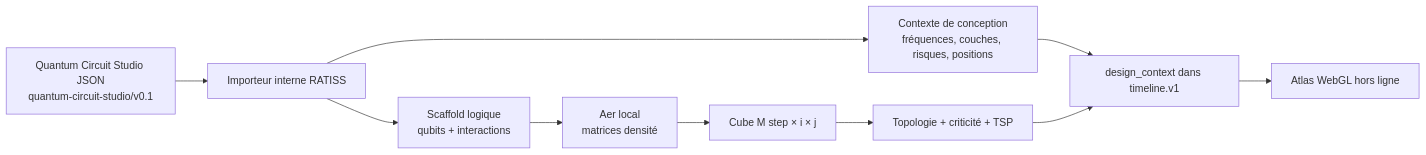
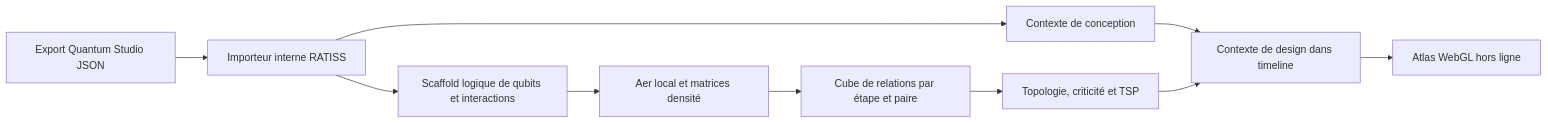
Before and after one commit to evinajonathan13-max/ratiss-topological-decoherence-engine: the diagram in docs/STUDIO_INTEGRATION_CONTRACT.md, drawn with Mermaid. The commit also changed 2 other files, not shown here.

Commit message:
fix: make Mermaid diagrams portable on GitHub

````diff
--- a/docs/STUDIO_INTEGRATION_CONTRACT.md
+++ b/docs/STUDIO_INTEGRATION_CONTRACT.md
@@ -7,12 +7,12 @@
 ```mermaid
 flowchart LR
-  S[Quantum Circuit Studio JSON\nquantum-circuit-studio/v0.1] --> I[Importeur interne RATISS]
-  I --> G[Scaffold logique\nqubits + interactions]
-  I --> D[Contexte de conception\nfréquences, couches, risques, positions]
-  G --> A[Aer local\nmatrices densité]
-  A --> C[Cube M step × i × j]
-  C --> T[Topologie + criticité + TSP]
-  D --> O[design_context dans timeline.v1]
+  S["Export Quantum Studio JSON"] --> I["Importeur interne RATISS"]
+  I --> G["Scaffold logique de qubits et interactions"]
+  I --> D["Contexte de conception"]
+  G --> A["Aer local et matrices densité"]
+  A --> C["Cube de relations par étape et paire"]
+  C --> T["Topologie, criticité et TSP"]
+  D --> O["Contexte de design dans timeline"]
   T --> O
-  O --> V[Atlas WebGL hors ligne]
+  O --> V["Atlas WebGL hors ligne"]
 ```
````
